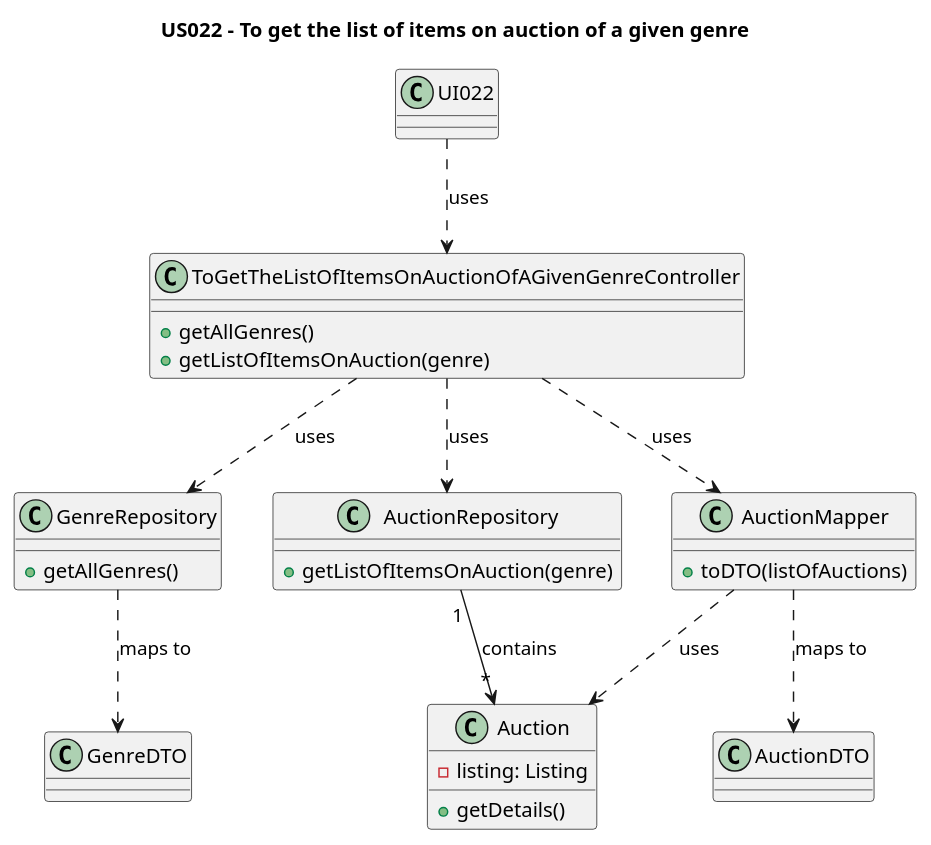
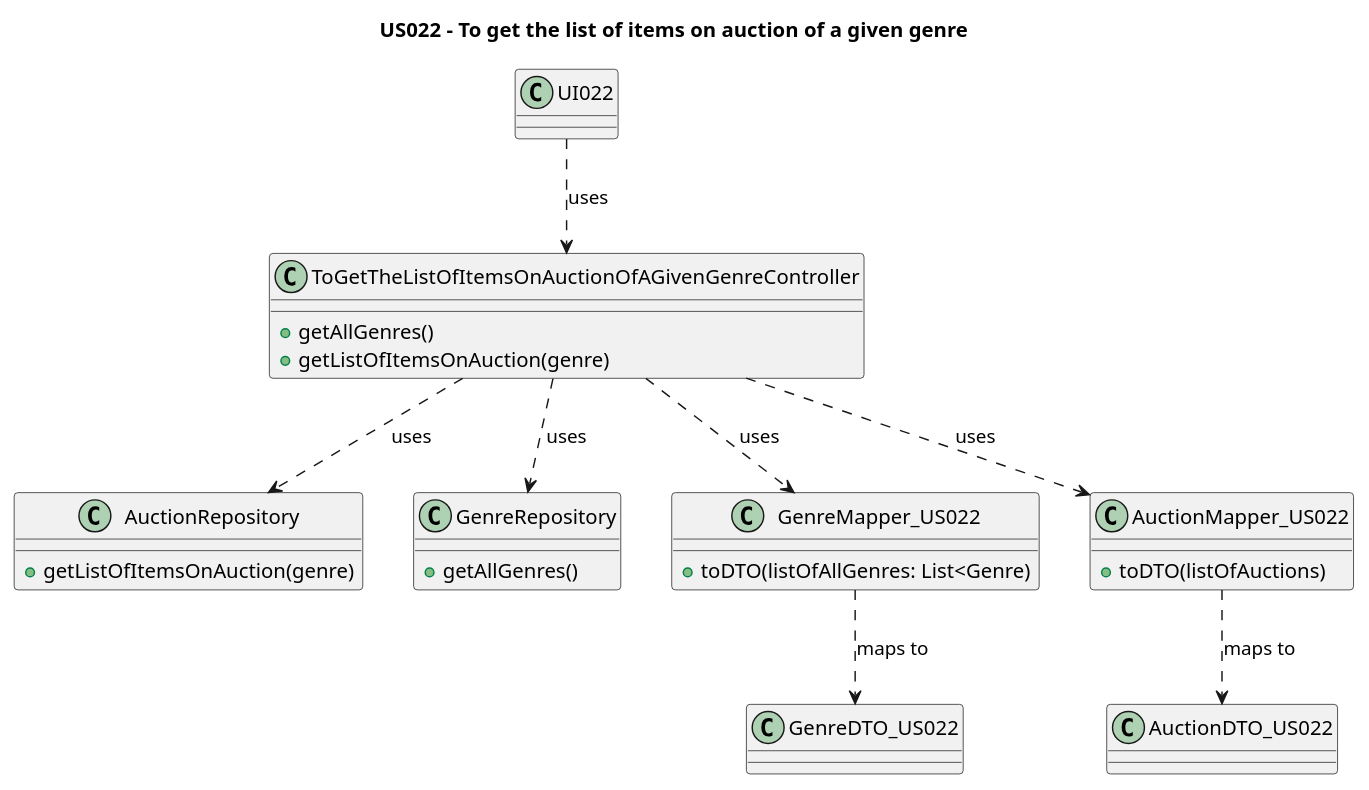
Before and after one commit to AndrePereiraGitH/SWitCH-Project-Team_A: the diagram in Diagrams/ClassDiagrams/US022-to-get-the-list-of-items-on-auction-of-a-given-genre.puml, drawn with PlantUML. The commit also changed 7 other files, not shown here.

```diff
--- a/Diagrams/ClassDiagrams/US022-to-get-the-list-of-items-on-auction-of-a-given-genre.puml
+++ b/Diagrams/ClassDiagrams/US022-to-get-the-list-of-items-on-auction-of-a-given-genre.puml
@@ -1,50 +1,60 @@
 @startuml
 title US022 - To get the list of items on auction of a given genre
 
 class UI022 {
 
 }
 
 class ToGetTheListOfItemsOnAuctionOfAGivenGenreController {
   +getAllGenres()
   +getListOfItemsOnAuction(genre)
 }
 
 class AuctionRepository {
   +getListOfItemsOnAuction(genre)
 }
 
+/'
 class Auction {
   - listing: Listing
     +getDetails()
 }
+'/
 
 class GenreRepository {
   +getAllGenres()
 }
 
-class GenreDTO {
+class GenreDTO_US022 {
 }
 
-class AuctionMapper {
+class GenreMapper_US022 {
+   +toDTO(listOfAllGenres: List<Genre)
+}
+
+class AuctionMapper_US022 {
   +toDTO(listOfAuctions)
 }
 
-class AuctionDTO {
+
+class AuctionDTO_US022 {
 }
+
 
 ' --- Interactions ---
 
 UI022 ..> ToGetTheListOfItemsOnAuctionOfAGivenGenreController : uses
 ToGetTheListOfItemsOnAuctionOfAGivenGenreController ..> AuctionRepository : uses
 ToGetTheListOfItemsOnAuctionOfAGivenGenreController ..> GenreRepository : uses
-GenreRepository ..> GenreDTO : maps to
-ToGetTheListOfItemsOnAuctionOfAGivenGenreController ..> AuctionMapper : uses
-AuctionMapper ..> AuctionDTO : maps to
-AuctionMapper ..> Auction : uses
-AuctionRepository "1" --> "*" Auction : contains
+'GenreRepository ..> GenreDTO_US022 : maps to
+ToGetTheListOfItemsOnAuctionOfAGivenGenreController ..> AuctionMapper_US022 : uses
+AuctionMapper_US022 ..> AuctionDTO_US022 : maps to
+'AuctionMapper_US022 ..> Auction : uses
+'AuctionRepository "1" --> "*" Auction : contains
+ToGetTheListOfItemsOnAuctionOfAGivenGenreController ..> GenreMapper_US022 : uses
+GenreMapper_US022 ..> GenreDTO_US022 : maps to
 
 
 
 
 @enduml
```
